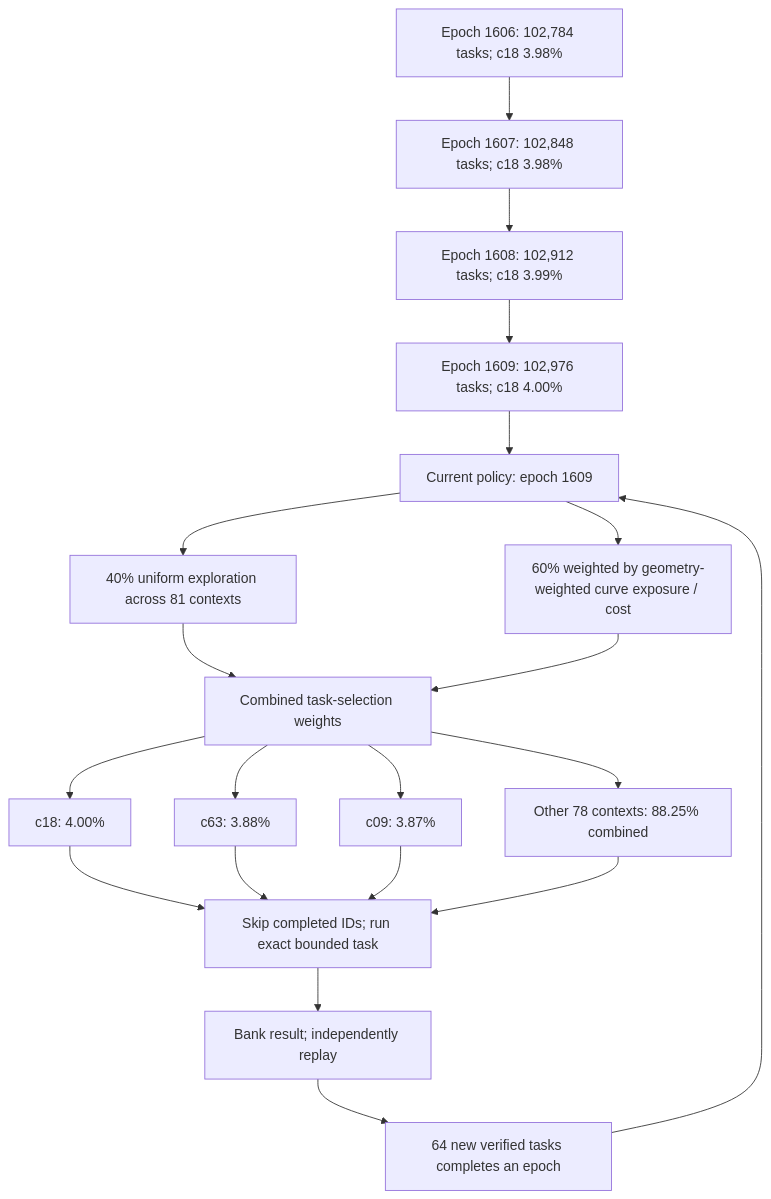
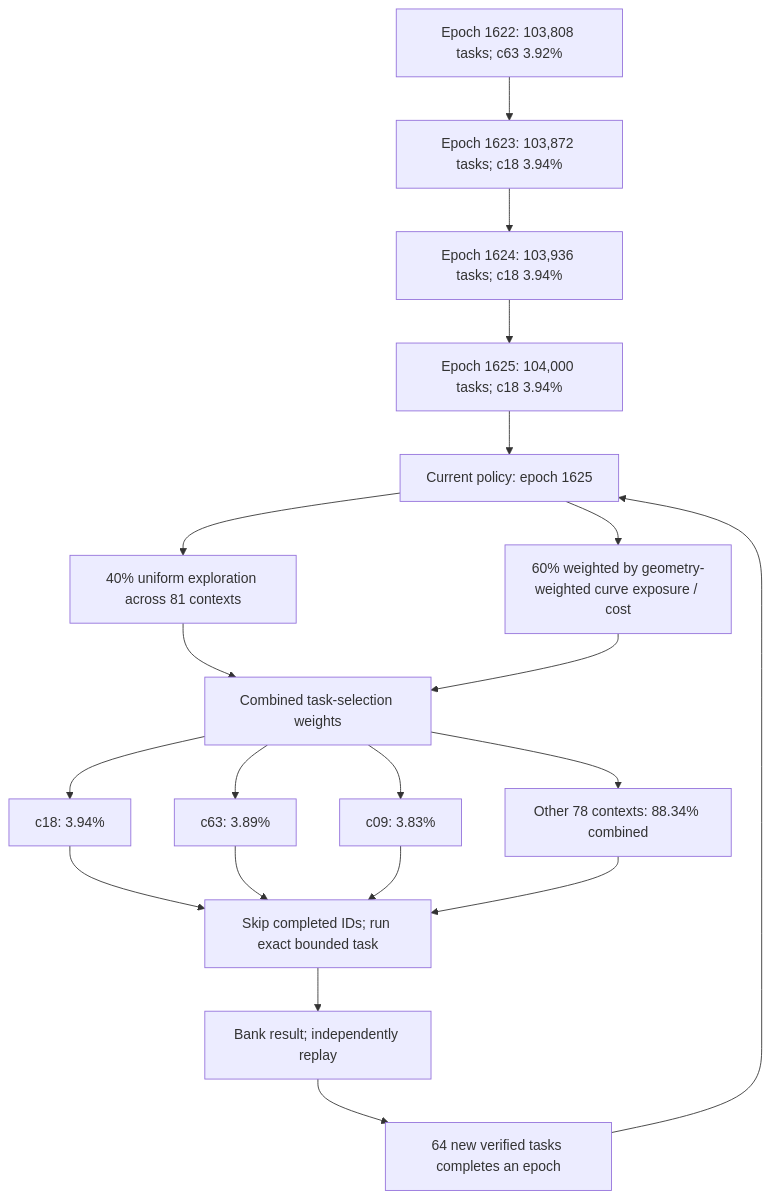
One commit to Kuberwastaken/math-gambling changed the first of 3 diagrams in README.md. Above: the diagram before and after it, drawn with Mermaid. The commit also changed other lines of this file and 2134 other files, not shown here.

````diff
--- a/README.md
+++ b/README.md
@@ -56,27 +56,27 @@
 ```mermaid
 flowchart TD
-    H0["Epoch 1606: 102,784 tasks; c18 3.98%"]
-    H1["Epoch 1607: 102,848 tasks; c18 3.98%"]
+    H0["Epoch 1622: 103,808 tasks; c63 3.92%"]
+    H1["Epoch 1623: 103,872 tasks; c18 3.94%"]
     H0 --> H1
-    H2["Epoch 1608: 102,912 tasks; c18 3.99%"]
+    H2["Epoch 1624: 103,936 tasks; c18 3.94%"]
     H1 --> H2
-    H3["Epoch 1609: 102,976 tasks; c18 4.00%"]
+    H3["Epoch 1625: 104,000 tasks; c18 3.94%"]
     H2 --> H3
-    Policy["Current policy: epoch 1609"]
+    Policy["Current policy: epoch 1625"]
     H3 --> Policy
     Policy --> Explore["40% uniform exploration across 81 contexts"]
     Policy --> Cost["60% weighted by geometry-weighted curve exposure / cost"]
     Explore --> Mix["Combined task-selection weights"]
     Cost --> Mix
-    Mix --> C0["c18: 4.00%"]
-    Mix --> C1["c63: 3.88%"]
-    Mix --> C2["c09: 3.87%"]
-    Mix --> Rest["Other 78 contexts: 88.25% combined"]
+    Mix --> C0["c18: 3.94%"]
+    Mix --> C1["c63: 3.89%"]
+    Mix --> C2["c09: 3.83%"]
+    Mix --> Rest["Other 78 contexts: 88.34% combined"]
     C0 --> Check["Skip completed IDs; run exact bounded task"]
     C1 --> Check
     C2 --> Check
     Rest --> Check
     Check --> Replay["Bank result; independently replay"]
     Replay --> Gate["64 new verified tasks completes an epoch"]
     Gate --> Policy
 ```
````
